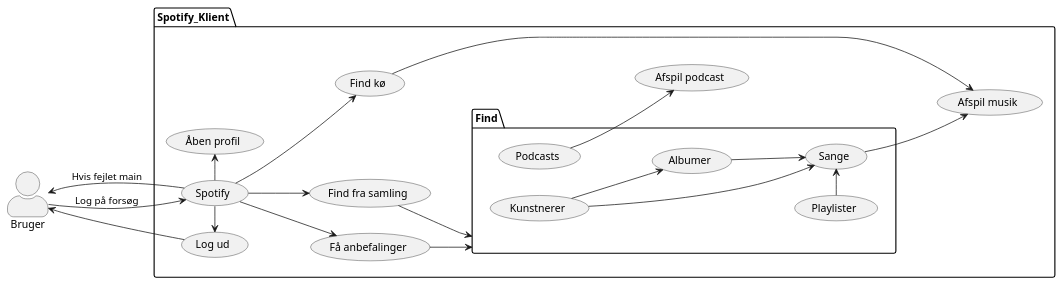
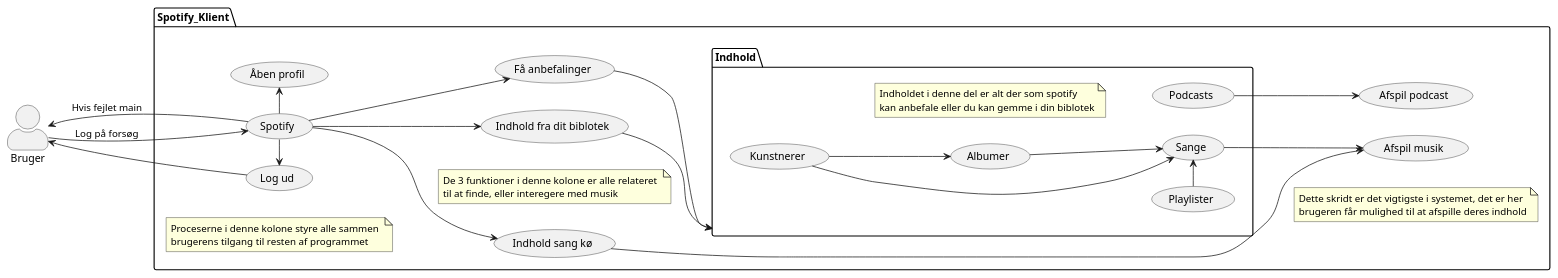
The diagram in usecases.puml (ViliusIvanovas/SO6), drawn with PlantUML before and after one commit.

Commit message:
Added notes to the Usecase diagram

```diff
--- a/usecases.puml
+++ b/usecases.puml
@@ -1,60 +1,81 @@
 @startuml usecases
 
 set separator ::
 
 skinparam actorStyle awesome
 
 left to right direction
 
 actor Bruger as bruger
 
 package Spotify_Klient {
     usecase "Spotify" as main
 
     usecase "Afspil musik" as afspil
     usecase "Afspil podcast" as afspilPodcast
 
+    note "Dette skridt er det vigtigste i systemet, det er her \nbrugeren får mulighed til at afspille deres indhold" as n4
+
     usecase "Få anbefalinger" as anbefal
 
-    usecase "Find fra samling" as samling
+    usecase "Indhold fra dit biblotek" as biblotek
 
-    package Find as find {
+    note "De 3 funktioner i denne kolone er alle relateret \ntil at finde, eller interegere med musik" as n2
+
+    package Indhold as indhold {
         usecase "Sange" as sang
         usecase "Albumer" as album
         usecase "Kunstnerer" as kunstner
         usecase "Playlister" as playliste
         usecase "Podcasts" as podcast
+
+        note "Indholdet i denne del er alt der som spotify \nkan anbefale eller du kan gemme i din biblotek" as n1
     }
 
-    usecase "Find kø" as kø
+    usecase "Indhold sang kø" as kø
 
     usecase "Log ud" as logud
     usecase "Åben profil" as profil
+
+    note "Proceserne i denne kolone styre alle sammen \nbrugerens tilgang til resten af programmet" as n3
 }
 
 main -up-> bruger : Hvis fejlet main
 bruger --> main : Log på forsøg
 main --> kø
 
-main --> samling
-samling -down-> find
+main --> biblotek
+biblotek -down-> indhold
 
 album --> sang
 kunstner -down-> album
 kunstner -down-> sang
 playliste -right-> sang
 
 sang -down-> afspil
 kø --> afspil
 
 podcast -down-> afspilPodcast
 
 main --> anbefal
-anbefal -down-> find
+anbefal -down-> indhold
 
 main -left-> logud
 main -right-> profil
 
 logud --> bruger
 
+afspil -[hidden] afspilPodcast
+album -[hidden]-> podcast
+
+kunstner -[hidden]-> n1
+n1 -[hidden]-> podcast
+
+kø -[hidden] n2
+n2 -[hidden] biblotek
+
+n3 -[hidden] profil
+
+n4 -[hidden] afspilPodcast
+
 @enduml
```
